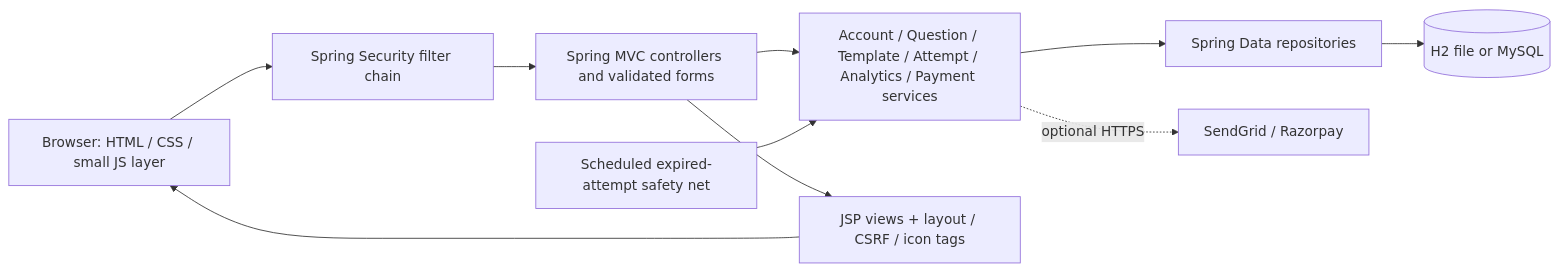
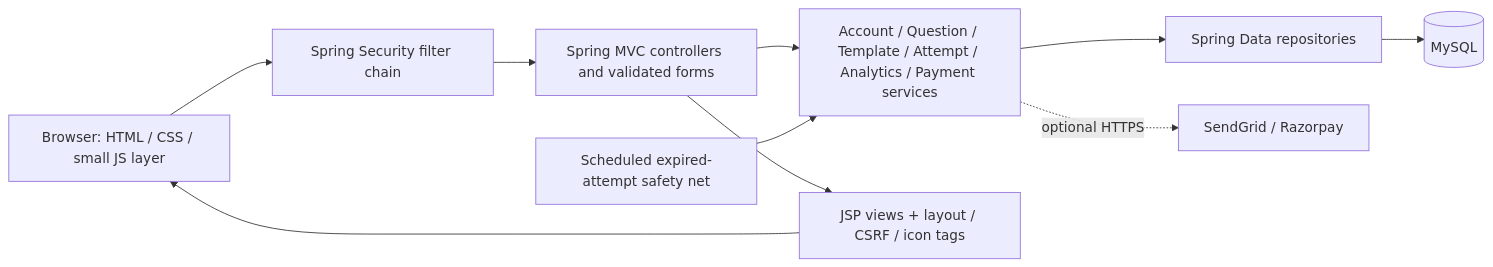
Before and after one commit to MKSubrahmanya12345/Aptitest---A-test-platform-for-CSE-IT-students: the first of 3 diagrams in docs/PROJECT_REPORT.md, drawn with Mermaid. The commit also changed other lines of this file and 44 other files, not shown here.

````diff
--- a/docs/PROJECT_REPORT.md
+++ b/docs/PROJECT_REPORT.md
@@ -39,12 +39,12 @@
 ```mermaid
 flowchart LR
     Browser[Browser: HTML / CSS / small JS layer] --> Security[Spring Security filter chain]
     Security --> MVC[Spring MVC controllers and validated forms]
     MVC --> Services[Account / Question / Template / Attempt / Analytics / Payment services]
     Services --> Repositories[Spring Data repositories]
-    Repositories --> Database[(H2 file or MySQL)]
+    Repositories --> Database[(MySQL)]
     MVC --> Views[JSP views + layout / CSRF / icon tags]
     Views --> Browser
     Job[Scheduled expired-attempt safety net] --> Services
     Services -. optional HTTPS .-> Providers[SendGrid / Razorpay]
 ```
````
